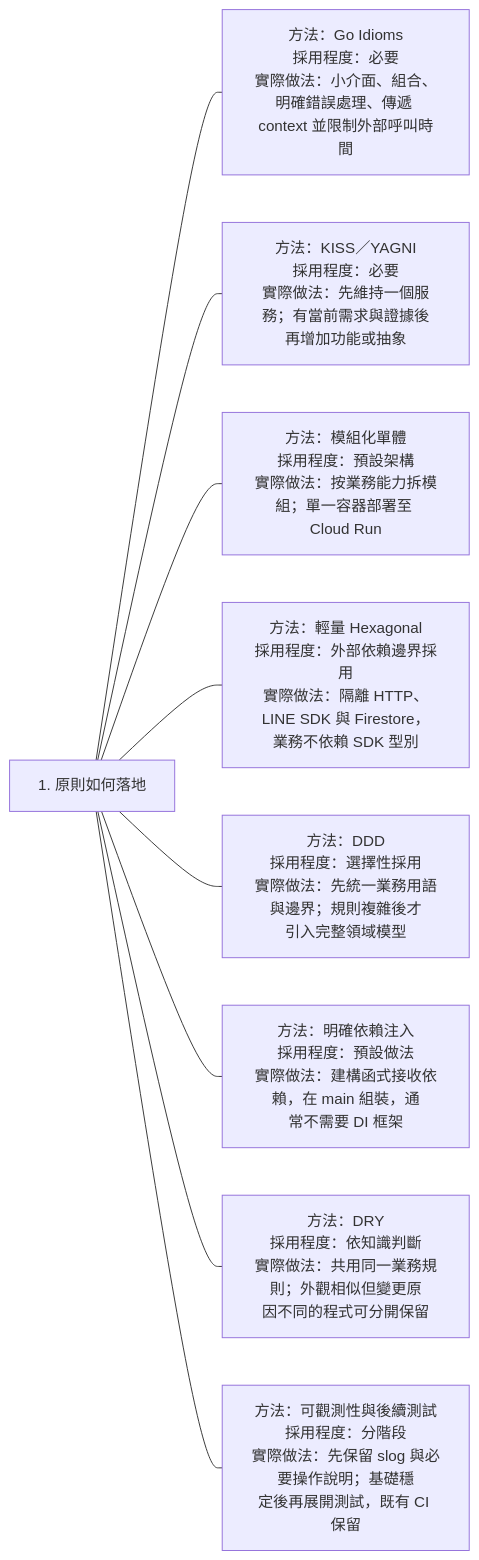
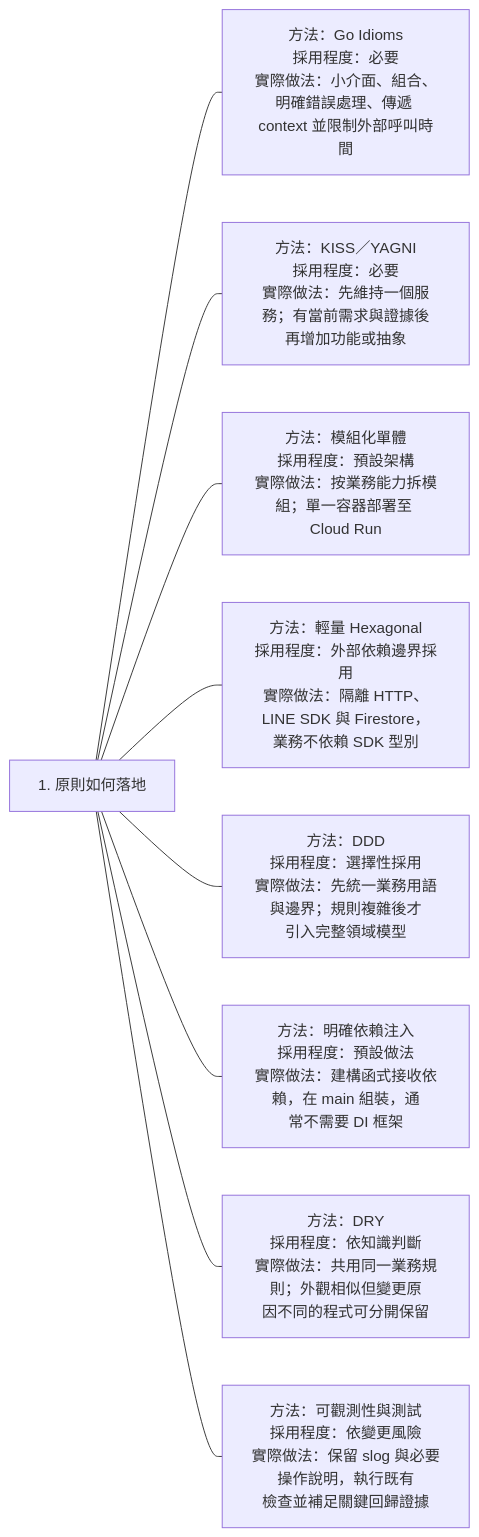
One commit to 963sup/line-mini-app-bot changed the second of 7 diagrams in docs/standards/engineering.md. Above: the diagram before and after it, drawn with Mermaid. The commit also changed 15 other files, not shown here.

````diff
--- a/docs/standards/engineering.md
+++ b/docs/standards/engineering.md
@@ -13,12 +13,12 @@
 ```mermaid
 flowchart LR
   h["1. 原則如何落地"]
   h --- n0["方法：Go Idioms<br/>採用程度：必要<br/>實際做法：小介面、組合、明確錯誤處理、傳遞 <br/>context 並限制外部呼叫時間"]
   h --- n1["方法：KISS／YAGNI<br/>採用程度：必要<br/>實際做法：先維持一個服務；有當前需求與證據後<br/>再增加功能或抽象"]
   h --- n2["方法：模組化單體<br/>採用程度：預設架構<br/>實際做法：按業務能力拆模組；單一容器部署至 <br/>Cloud Run"]
   h --- n3["方法：輕量 Hexagonal<br/>採用程度：外部依賴邊界採用<br/>實際做法：隔離 HTTP、LINE SDK 與 Firestore，<br/>業務不依賴 SDK 型別"]
   h --- n4["方法：DDD<br/>採用程度：選擇性採用<br/>實際做法：先統一業務用語與邊界；規則複雜後才<br/>引入完整領域模型"]
   h --- n5["方法：明確依賴注入<br/>採用程度：預設做法<br/>實際做法：建構函式接收依賴，在 main 組裝，通<br/>常不需要 DI 框架"]
   h --- n6["方法：DRY<br/>採用程度：依知識判斷<br/>實際做法：共用同一業務規則；外觀相似但變更原<br/>因不同的程式可分開保留"]
-  h --- n7["方法：可觀測性與後續測試<br/>採用程度：分階段<br/>實際做法：先保留 slog 與必要操作說明；基礎穩<br/>定後再展開測試，既有 CI 保留"]
+  h --- n7["方法：可觀測性與測試<br/>採用程度：依變更風險<br/>實際做法：保留 slog 與必要操作說明，執行既有<br/>檢查並補足關鍵回歸證據"]
 ```
````
